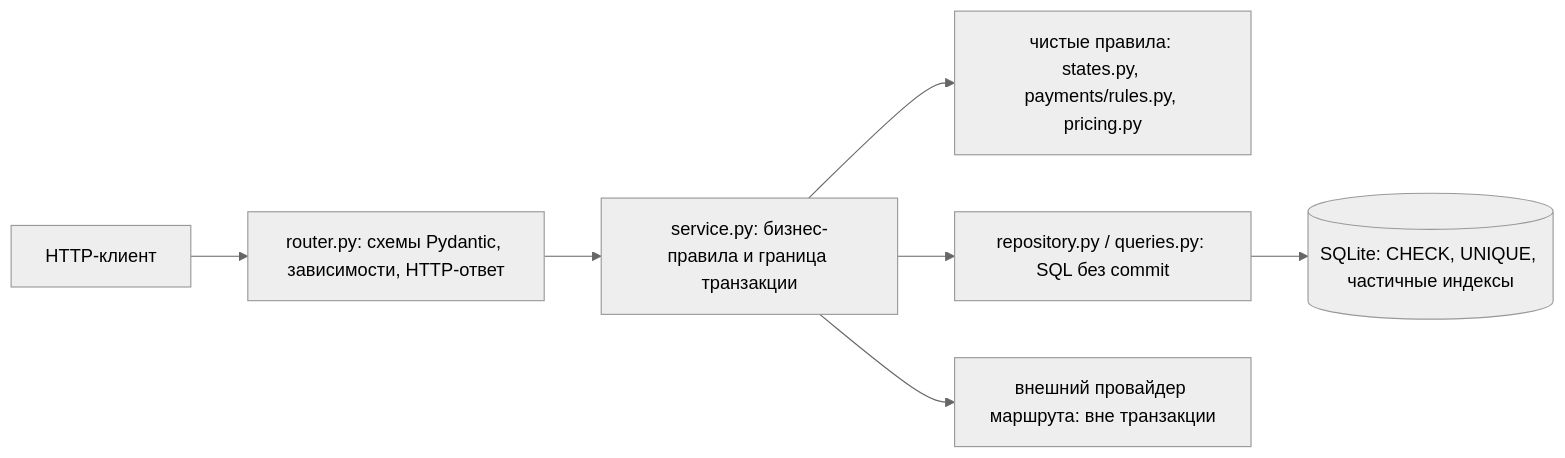
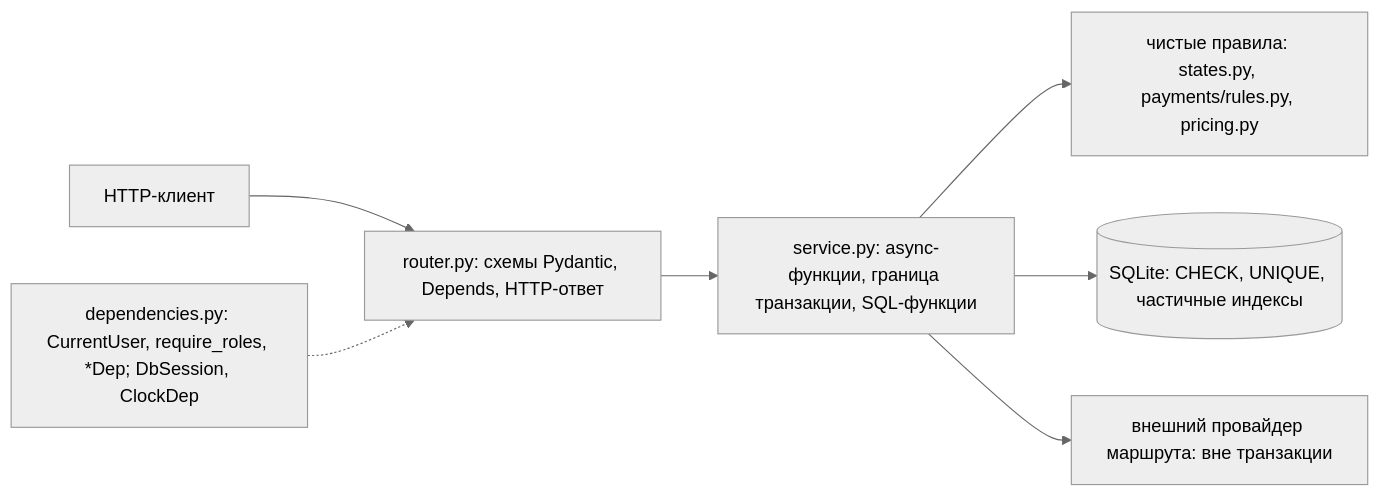
One commit to BaonixD/BIS-project changed the first of 6 diagrams in docs/architecture.md. Above: the diagram before and after it, drawn with Mermaid (neutral theme). The commit also changed other lines of this file, not shown here.

Commit message:
docs(architecture): describe functional services and DI for auth, users, drivers, geo

````diff
--- a/docs/architecture.md
+++ b/docs/architecture.md
@@ -56,9 +58,9 @@
 ```mermaid
 flowchart LR
-    client["HTTP-клиент"] --> router["router.py: схемы Pydantic, зависимости, HTTP-ответ"]
-    router --> service["service.py: бизнес-правила и граница транзакции"]
+    client["HTTP-клиент"] --> router["router.py: схемы Pydantic, Depends, HTTP-ответ"]
+    deps["dependencies.py: CurrentUser, require_roles, *Dep; DbSession, ClockDep"] -.-> router
+    router --> service["service.py: async-функции, граница транзакции, SQL-функции"]
     service --> rules["чистые правила: states.py, payments/rules.py, pricing.py"]
-    service --> repo["repository.py / queries.py: SQL без commit"]
-    repo --> db[("SQLite: CHECK, UNIQUE, частичные индексы")]
+    service --> db[("SQLite: CHECK, UNIQUE, частичные индексы")]
     service --> ext["внешний провайдер маршрута: вне транзакции"]
 ```
````
